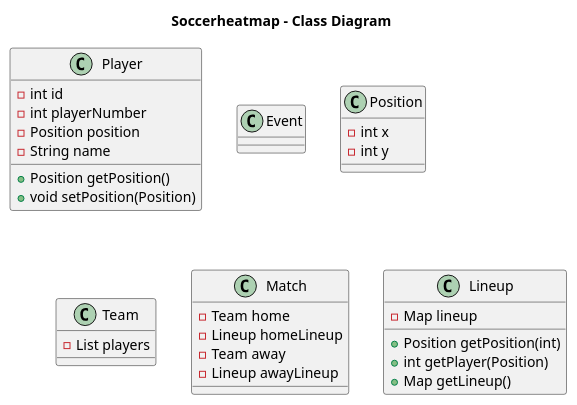
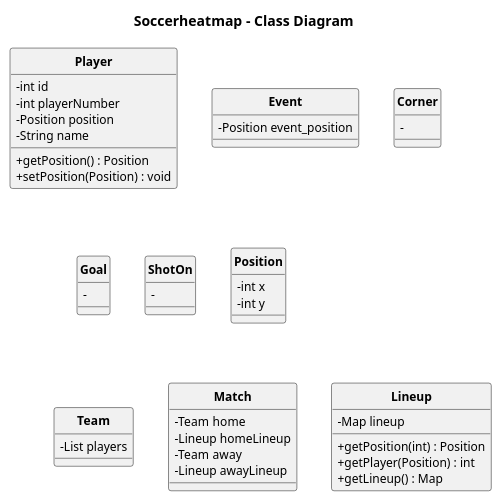
One commit to Eli-Anderson/SoccerHeatmap changed the diagram in backend/classmodel.puml. Above: the diagram before and after it, drawn with PlantUML.

Commit message:
class model modified

```diff
--- a/backend/classmodel.puml
+++ b/backend/classmodel.puml
@@ -1,42 +1,65 @@
 @startuml
+
+skinparam monochrome true
+skinparam shadowing false
+skinparam classAttributeIconSize 0
+skinparam DefaultFontName arial
+skinparam DefaultFontSize 12
+skinparam ClassFontStyle bold
+skinparam linetype ortho
+hide empty fields
+hide circle
+
 
 title Soccerheatmap - Class Diagram
 
 class Player {
-  -int id
-  -int playerNumber
-  -Position position
-  -String name
+ - int id
+ - int playerNumber
+ - Position position
+ - String name
 
-  +Position getPosition()
-  +void setPosition(Position)
+ + getPosition() : Position
+ + setPosition(Position) : void
 }
 class Event {
-  'TO DO'
+ - Position event_position
+}
 
+class Corner {
+  - 
 }
+
+class Goal {
+  - 
+}
+
+class ShotOn {
+  - 
+}
+
 class Position {
--int x
--int y
+ - int x
+ - int y
 }
 
 class Team {
--List players
+ - List players
 }
 
 class Match {
--Team home
--Lineup homeLineup
--Team away
--Lineup awayLineup
+ - Team home
+ - Lineup homeLineup
+ - Team away
+ - Lineup awayLineup
 }
 
 class Lineup {
--Map lineup
+ - Map lineup
 
-+Position getPosition(int)
-+int getPlayer(Position)
-+Map getLineup()
++ getPosition(int) : Position
++ getPlayer(Position) : int
++ getLineup() : Map
 }
 
 @enduml
```
